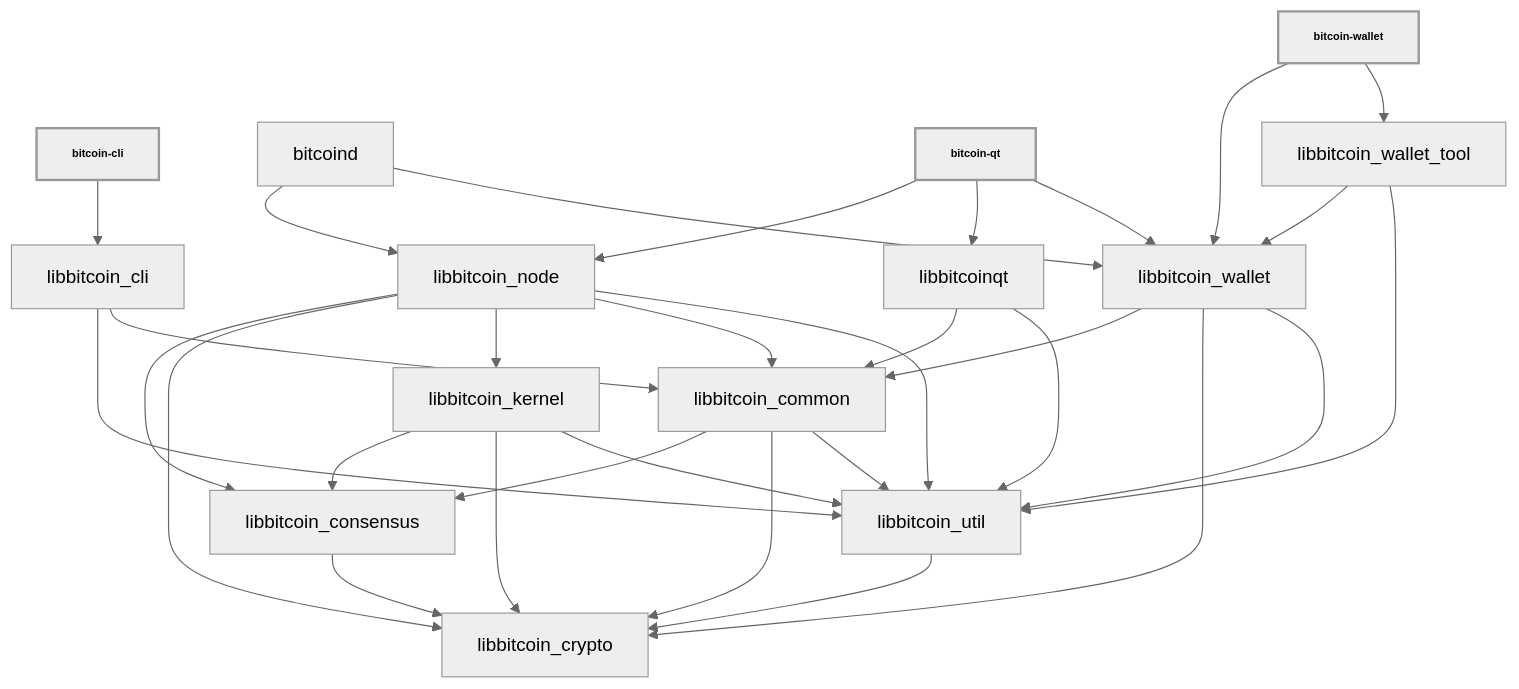
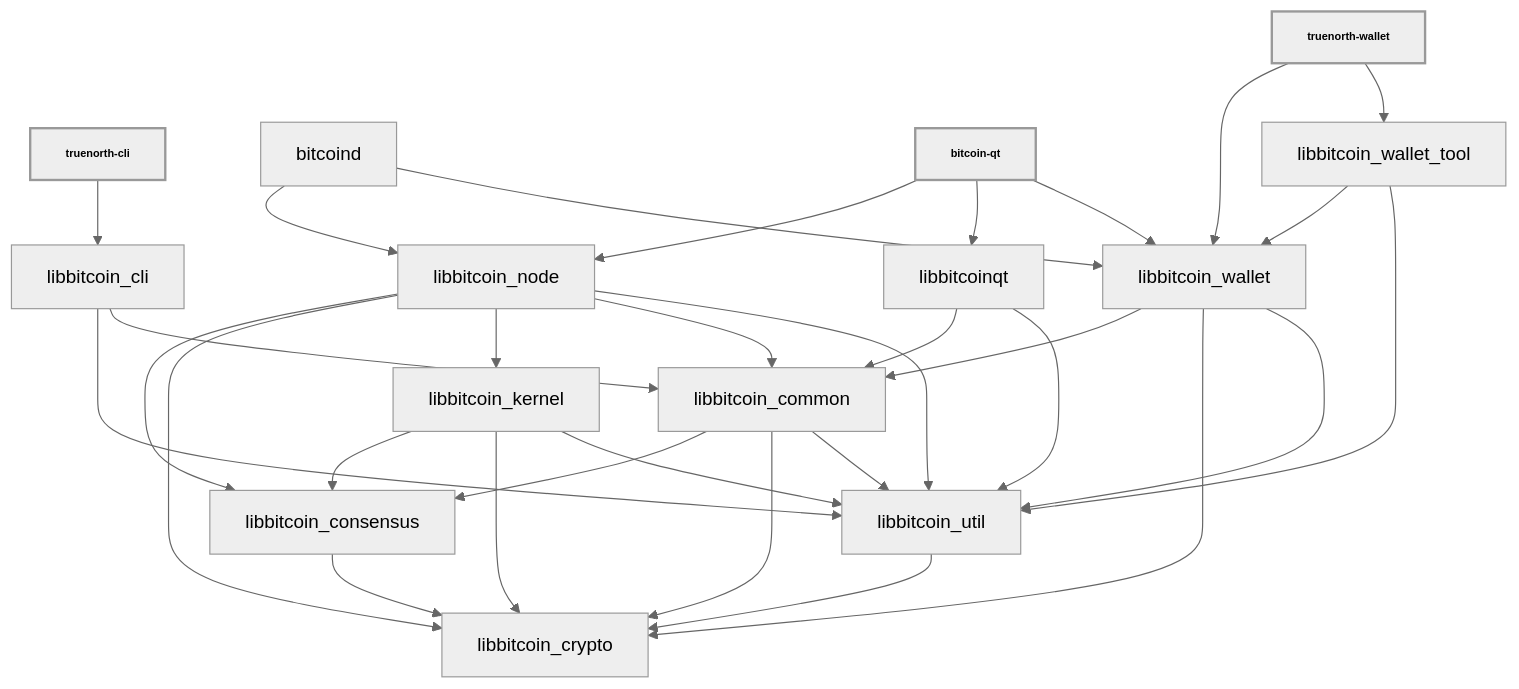
One commit to truenorth-project/truenorth changed the diagram in doc/design/libraries.md. Above: the diagram before and after it, drawn with Mermaid (neutral theme). The commit also changed other lines of this file and 31 other files, not shown here.

First line of the commit message:
doc: sweep bitcoin-* binary references after aux-tool rename

````diff
--- a/doc/design/libraries.md
+++ b/doc/design/libraries.md
@@ -36,52 +36,52 @@
 ```mermaid
 
 %%{ init : { "flowchart" : { "curve" : "basis" }}}%%
 
 graph TD;
 
-bitcoin-cli[bitcoin-cli]-->libbitcoin_cli;
+truenorth-cli[truenorth-cli]-->libbitcoin_cli;
 
 truenorthd[bitcoind]-->libbitcoin_node;
 truenorthd[bitcoind]-->libbitcoin_wallet;
 
 bitcoin-qt[bitcoin-qt]-->libbitcoin_node;
 bitcoin-qt[bitcoin-qt]-->libbitcoinqt;
 bitcoin-qt[bitcoin-qt]-->libbitcoin_wallet;
 
-bitcoin-wallet[bitcoin-wallet]-->libbitcoin_wallet;
-bitcoin-wallet[bitcoin-wallet]-->libbitcoin_wallet_tool;
+truenorth-wallet[truenorth-wallet]-->libbitcoin_wallet;
+truenorth-wallet[truenorth-wallet]-->libbitcoin_wallet_tool;
 
 libbitcoin_cli-->libbitcoin_util;
 libbitcoin_cli-->libbitcoin_common;
 
 libbitcoin_consensus-->libbitcoin_crypto;
 
 libbitcoin_common-->libbitcoin_consensus;
 libbitcoin_common-->libbitcoin_crypto;
 libbitcoin_common-->libbitcoin_util;
 
 libbitcoin_kernel-->libbitcoin_consensus;
 libbitcoin_kernel-->libbitcoin_crypto;
 libbitcoin_kernel-->libbitcoin_util;
 
 libbitcoin_node-->libbitcoin_consensus;
 libbitcoin_node-->libbitcoin_crypto;
 libbitcoin_node-->libbitcoin_kernel;
 libbitcoin_node-->libbitcoin_common;
 libbitcoin_node-->libbitcoin_util;
 
 libbitcoinqt-->libbitcoin_common;
 libbitcoinqt-->libbitcoin_util;
 
 libbitcoin_util-->libbitcoin_crypto;
 
 libbitcoin_wallet-->libbitcoin_common;
 libbitcoin_wallet-->libbitcoin_crypto;
 libbitcoin_wallet-->libbitcoin_util;
 
 libbitcoin_wallet_tool-->libbitcoin_wallet;
 libbitcoin_wallet_tool-->libbitcoin_util;
 
 classDef bold stroke-width:2px, font-weight:bold, font-size: smaller;
-class bitcoin-qt,bitcoind,bitcoin-cli,bitcoin-wallet bold
+class bitcoin-qt,bitcoind,truenorth-cli,truenorth-wallet bold
 ```
````
